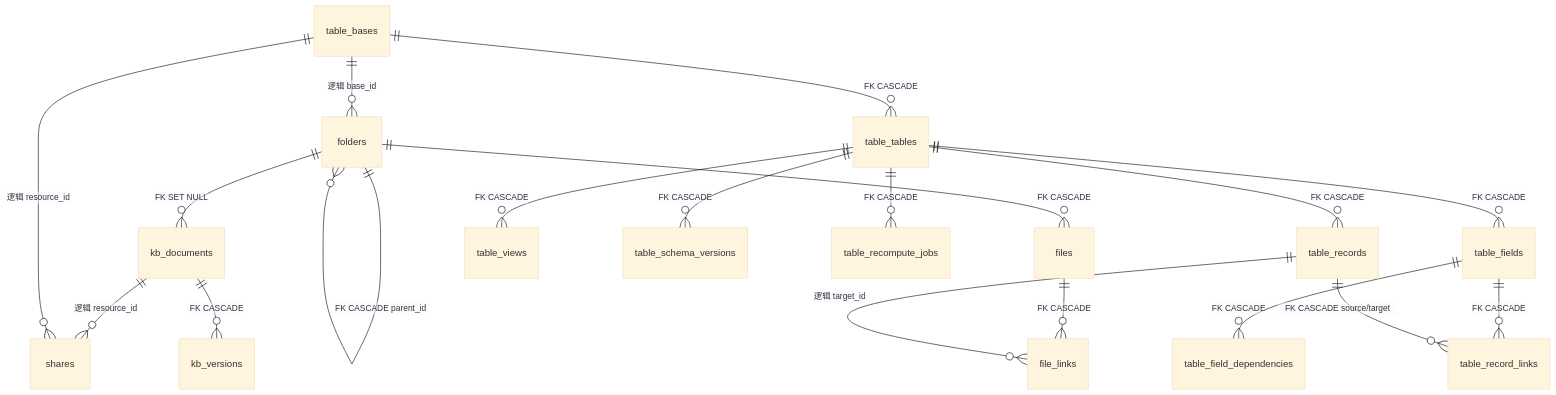
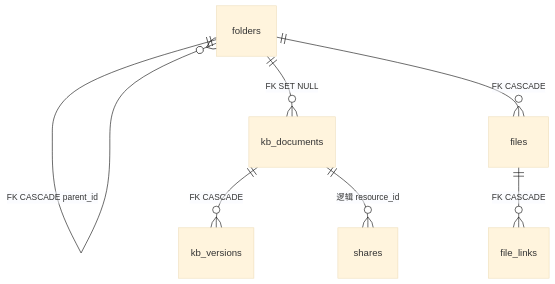
Before and after one commit to linjiejim/greenhouse: the third of 4 diagrams in packages/db/src/db-schema.md, drawn with Mermaid (base theme). The commit also changed other lines of this file and 234 other files, not shown here.

````diff
--- a/packages/db/src/db-schema.md
+++ b/packages/db/src/db-schema.md
@@ -358,21 +335,9 @@
 ```mermaid
 erDiagram
     folders ||--o{ folders : "FK CASCADE parent_id"
     folders ||--o{ kb_documents : "FK SET NULL"
     kb_documents ||--o{ kb_versions : "FK CASCADE"
     folders ||--o{ files : "FK CASCADE"
     files ||--o{ file_links : "FK CASCADE"
-    table_records ||--o{ file_links : "逻辑 target_id"
     kb_documents ||--o{ shares : "逻辑 resource_id"
-    table_bases ||--o{ shares : "逻辑 resource_id"
-    table_bases ||--o{ folders : "逻辑 base_id"
-    table_bases ||--o{ table_tables : "FK CASCADE"
-    table_tables ||--o{ table_fields : "FK CASCADE"
-    table_tables ||--o{ table_views : "FK CASCADE"
-    table_tables ||--o{ table_records : "FK CASCADE"
-    table_tables ||--o{ table_schema_versions : "FK CASCADE"
-    table_tables ||--o{ table_recompute_jobs : "FK CASCADE"
-    table_fields ||--o{ table_field_dependencies : "FK CASCADE"
-    table_fields ||--o{ table_record_links : "FK CASCADE"
-    table_records ||--o{ table_record_links : "FK CASCADE source/target"
 ```
````
